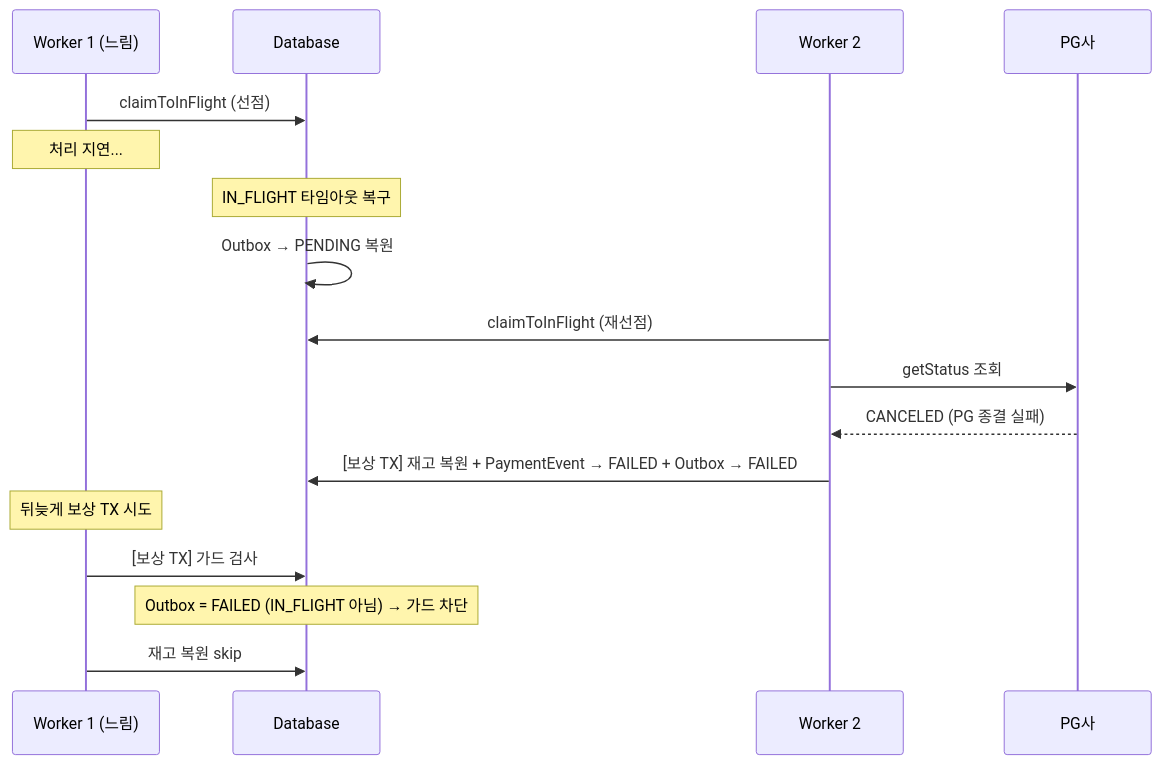
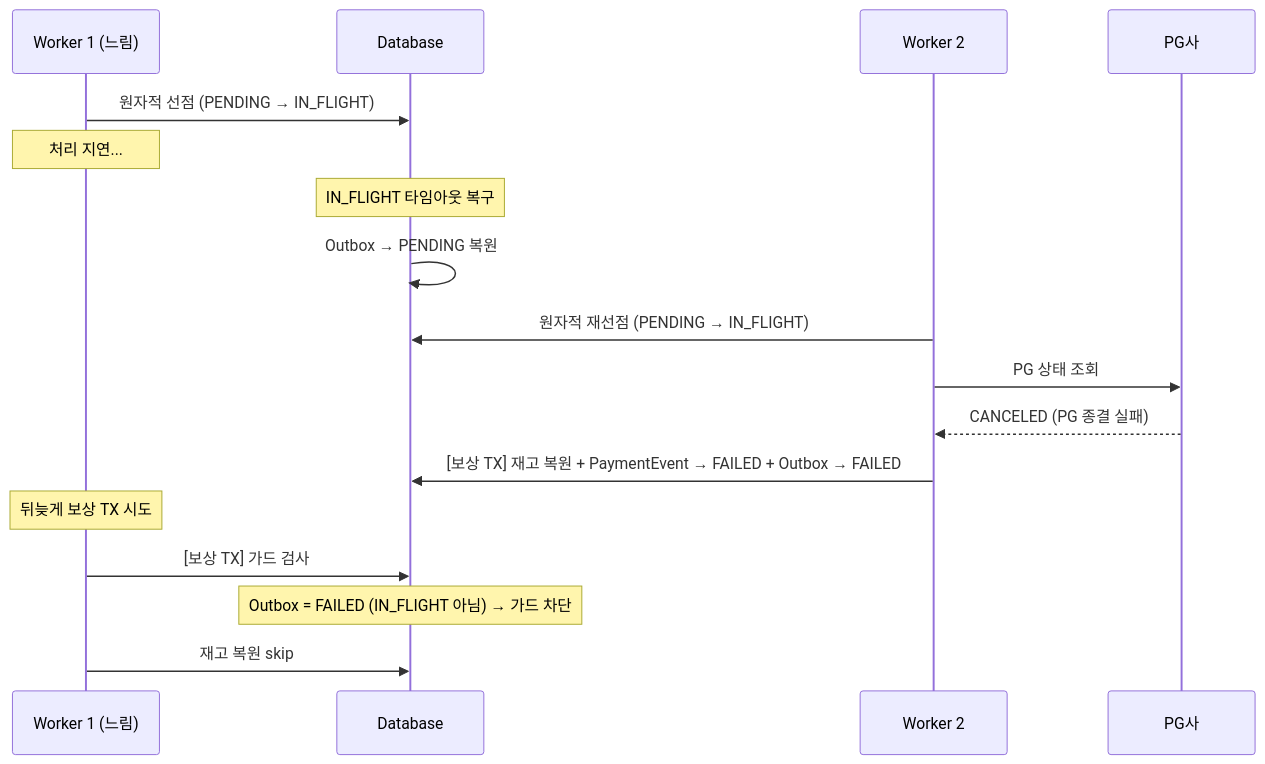
One commit to hyoguoo/hyoguoo.github.io changed the seventh of 10 diagrams in src/content/docs/blog/payment-recovery-state-design.md. Above: the diagram before and after it, drawn with Mermaid. The commit also changed other lines of this file, not shown here.

````diff
--- a/src/content/docs/blog/payment-recovery-state-design.md
+++ b/src/content/docs/blog/payment-recovery-state-design.md
@@ -296,19 +342,19 @@
 ```mermaid
 sequenceDiagram
     participant W1 as Worker 1 (느림)
     participant DB as Database
     participant W2 as Worker 2
     participant PG as PG사
-    W1 ->> DB: claimToInFlight (선점)
+    W1 ->> DB: 원자적 선점 (PENDING → IN_FLIGHT)
     Note over W1: 처리 지연...
     Note over DB: IN_FLIGHT 타임아웃 복구
     DB ->> DB: Outbox → PENDING 복원
-    W2 ->> DB: claimToInFlight (재선점)
-    W2 ->> PG: getStatus 조회
+    W2 ->> DB: 원자적 재선점 (PENDING → IN_FLIGHT)
+    W2 ->> PG: PG 상태 조회
     PG -->> W2: CANCELED (PG 종결 실패)
     W2 ->> DB: [보상 TX] 재고 복원 + PaymentEvent → FAILED + Outbox → FAILED
     Note over W1: 뒤늦게 보상 TX 시도
     W1 ->> DB: [보상 TX] 가드 검사
     Note over DB: Outbox = FAILED (IN_FLIGHT 아님) → 가드 차단
     W1 ->> DB: 재고 복원 skip
 ```
````
